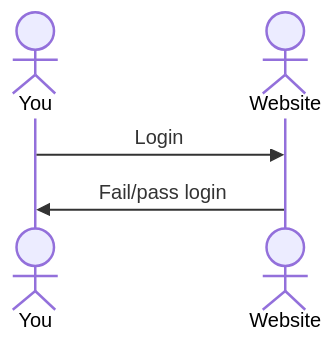
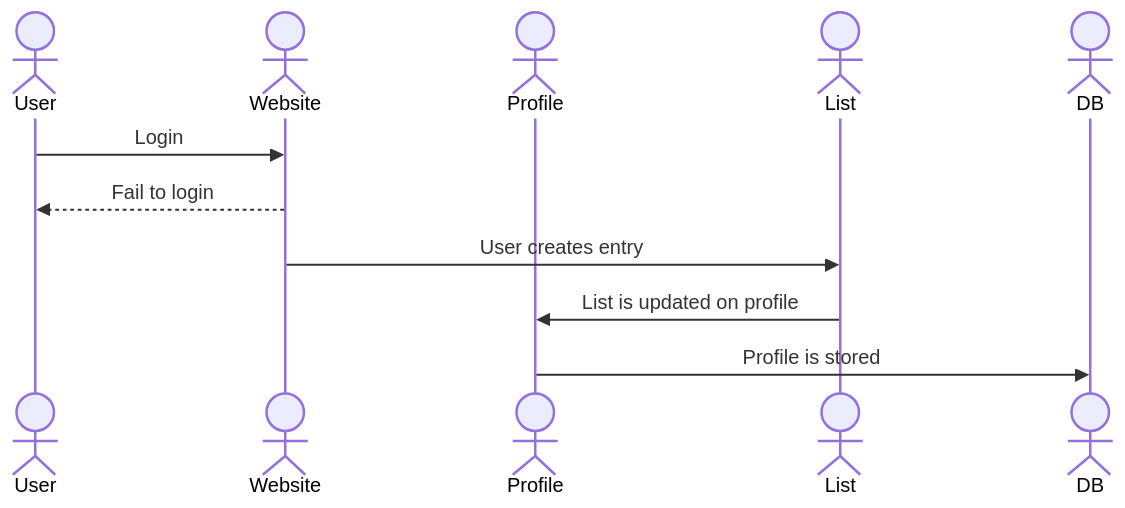
One commit to wonderbread678/startup changed the diagram in README.md. Above: the diagram before and after it, drawn with Mermaid.

Commit message:
testing sequence diagram

````diff
--- a/README.md
+++ b/README.md
@@ -37,7 +37,17 @@
 ```mermaid
 sequenceDiagram
-    actor You
+    actor User
     actor Website
-    You->>Website: Login
-    Website->>You: Fail/pass login
+    actor Profile
+    actor List
+    actor DB
+
+
+    User->>Website: Login
+    Website-->>User: Fail to login
+    Website->>List: User creates entry
+    List->>Profile: List is updated on profile
+    Profile->>DB: Profile is stored
+
+    
 ```
````
